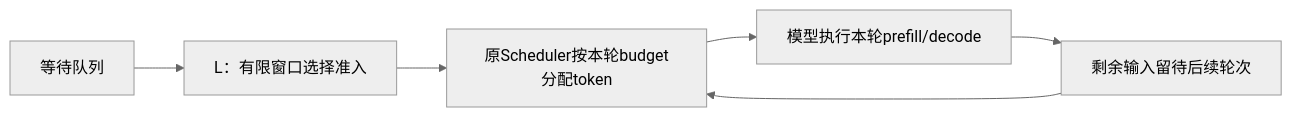
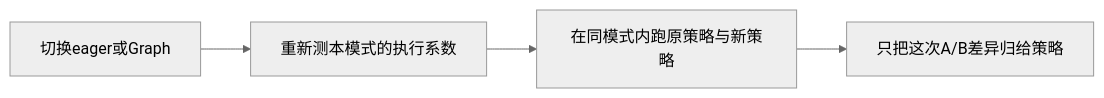
Diagram 31 of 34 in Documents_xxy/20261019最终面试向理解文档.md (emprorsky/vllm_xxy), drawn with Mermaid (neutral theme) before and after one commit. The commit also changed other lines of this file and 9 other files, not shown here.

````diff
--- a/Documents_xxy/20261019最终面试向理解文档.md
+++ b/Documents_xxy/20261019最终面试向理解文档.md
@@ -1672,8 +1816,6 @@
 ```mermaid
 flowchart LR
-    A["等待队列"] --> B["L：有限窗口选择准入"]
-    B --> C["原Scheduler按本轮budget分配token"]
-    C --> D["模型执行本轮prefill/decode"]
-    D --> E["剩余输入留待后续轮次"]
-    E --> C
+    A["切换eager或Graph"] --> B["重新测本模式的执行系数"]
+    B --> C["在同模式内跑原策略与新策略"]
+    C --> D["只把这次A/B差异归给策略"]
 ```
````
